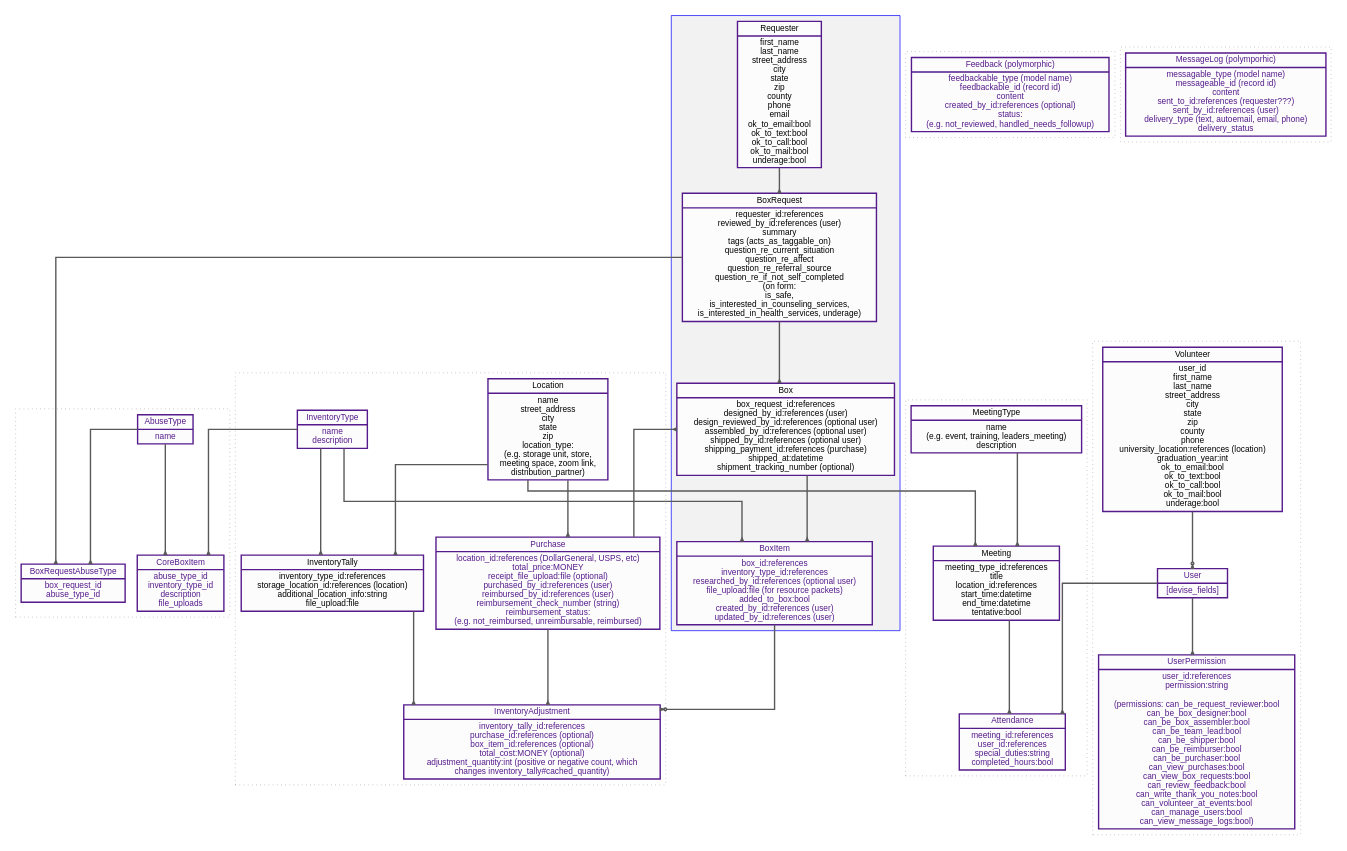
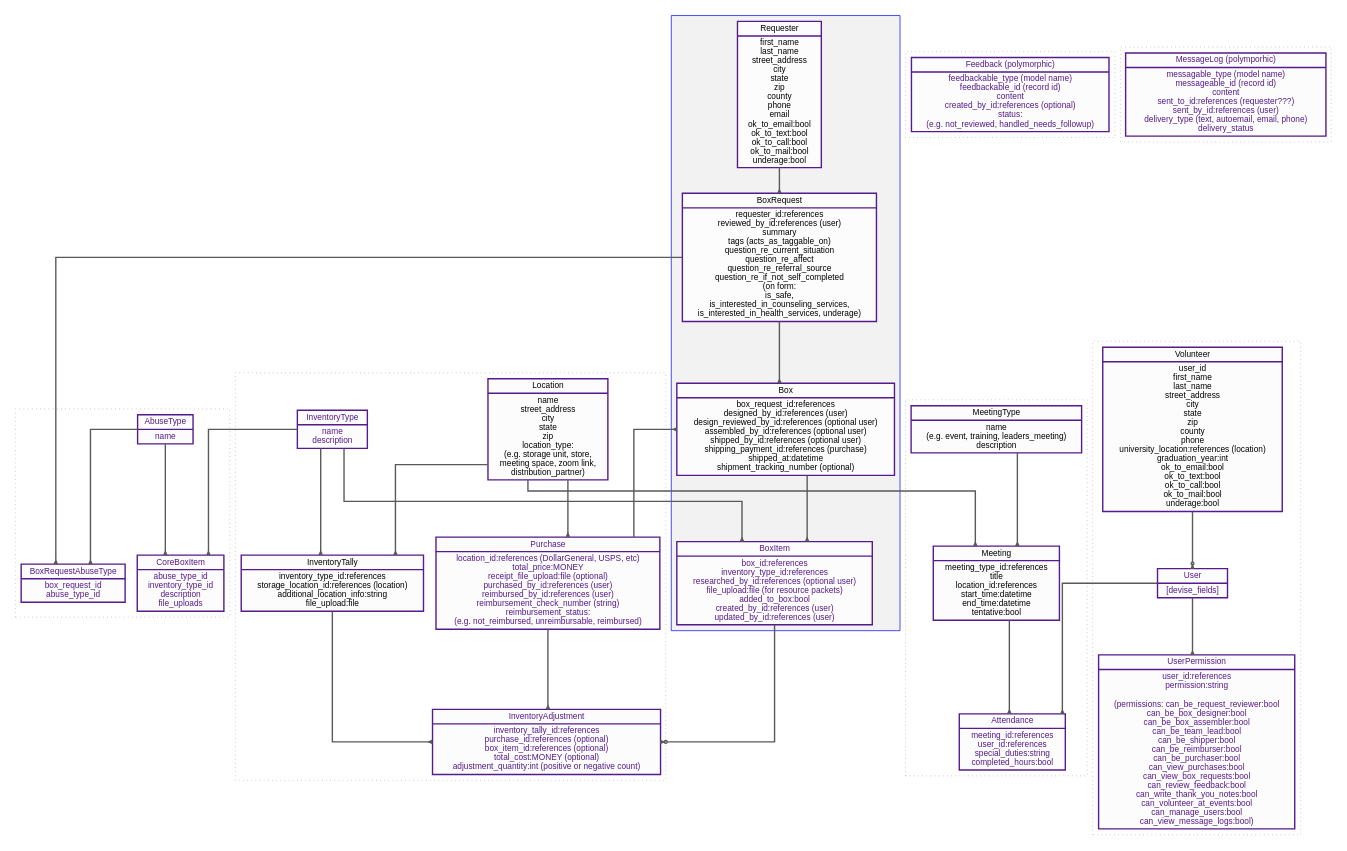
One commit to rubyforgood/voices-of-consent changed the diagram in notes/database-diagram.dot. Above: the diagram before and after it, drawn with Graphviz. The commit also changed 3 other files, not shown here.

Commit message:
Remove cached_quantity from inventory_tally. No longer using that field.

```diff
--- a/notes/database-diagram.dot
+++ b/notes/database-diagram.dot
@@ -208,7 +208,7 @@
                     purchase_id:references (optional)\n
                     box_item_id:references (optional)\n
                     total_cost:MONEY (optional)\n
-                    adjustment_quantity:int (positive or negative count, which \nchanges inventory_tally#cached_quantity)\n
+                    adjustment_quantity:int (positive or negative count)\n
 
                     }"]
     User [
```
